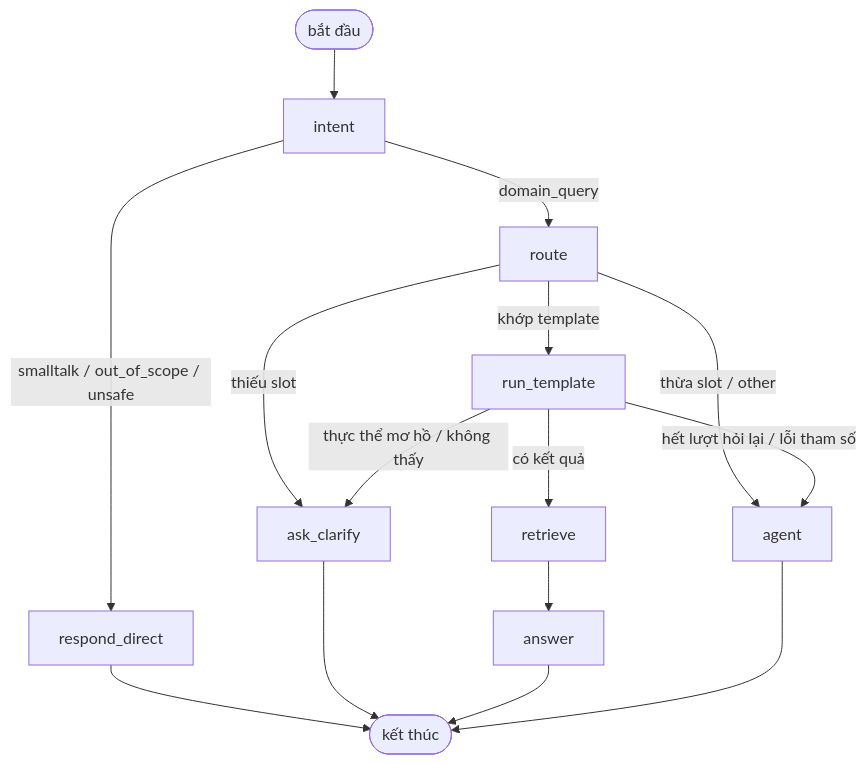
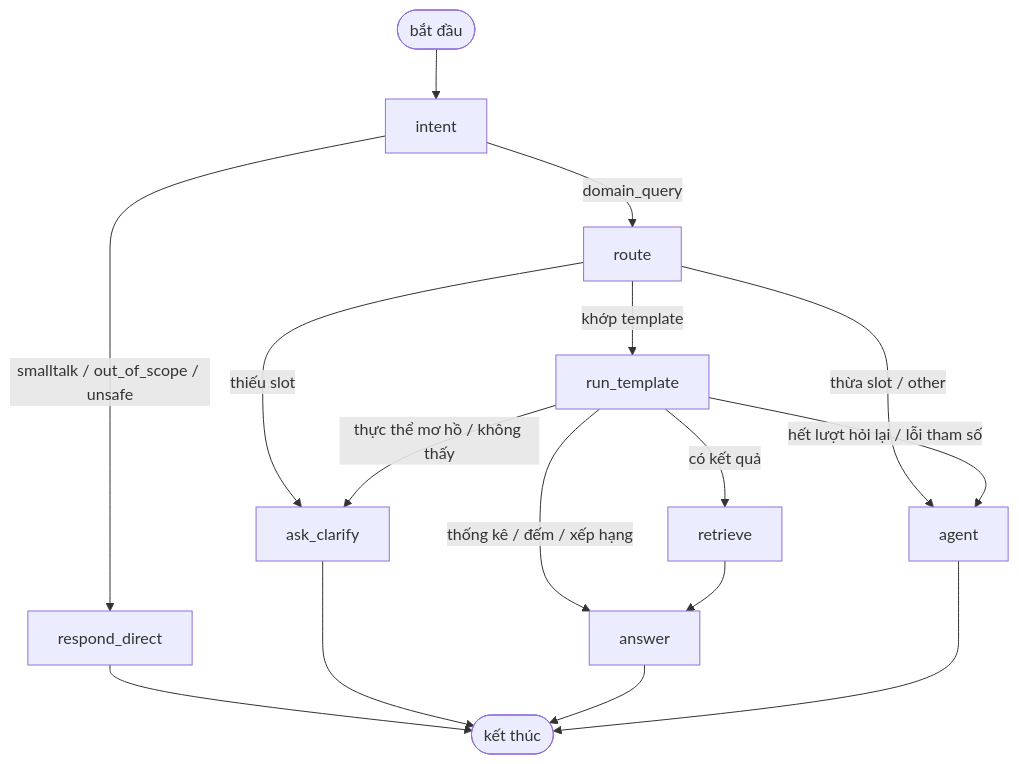
One commit to bee1zebub05/pbl6 changed the diagram in src/legal_knowledge_graph/README.md. Above: the diagram before and after it, drawn with Mermaid. The commit also changed other lines of this file and 42 other files, not shown here.

Commit message:
feat(chat): GraphRAG theo mức action, deadline lượt hỏi + model dự phòng, log theo phiên

````diff
--- a/src/legal_knowledge_graph/README.md
+++ b/src/legal_knowledge_graph/README.md
@@ -158,17 +162,18 @@
 ```mermaid
 graph TD
     START([bắt đầu]) --> intent
     intent -->|smalltalk / out_of_scope / unsafe| respond_direct
     intent -->|domain_query| route
     route -->|khớp template| run_template
     route -->|thiếu slot| ask_clarify
     route -->|thừa slot / other| agent
     run_template -->|có kết quả| retrieve
+    run_template -->|thống kê / đếm / xếp hạng| answer
     run_template -->|thực thể mơ hồ / không thấy| ask_clarify
     run_template -->|hết lượt hỏi lại / lỗi tham số| agent
     retrieve --> answer
     respond_direct --> END([kết thúc])
     ask_clarify --> END
     answer --> END
     agent --> END
 ```
````
